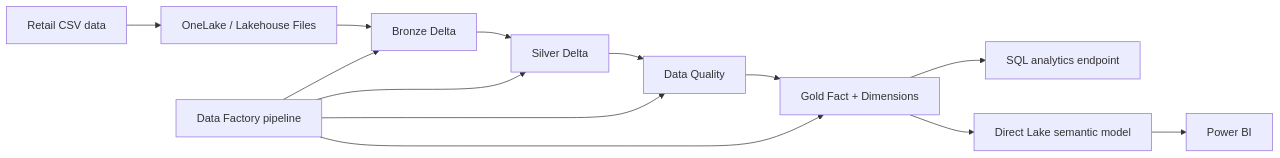
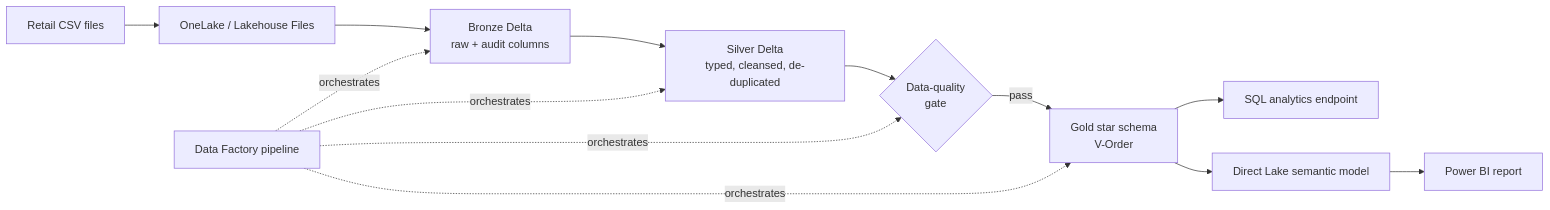
One commit to someshbvrm/microsoft-fabric-retail-analytics changed the first of 2 diagrams in README.md. Above: the diagram before and after it, drawn with Mermaid. The commit also changed other lines of this file and 11 other files, not shown here.

````diff
--- a/README.md
+++ b/README.md
@@ -11,15 +13,12 @@
 ```mermaid
 flowchart LR
-    A[Retail CSV data] --> B[OneLake / Lakehouse Files]
-    B --> C[Bronze Delta]
-    C --> D[Silver Delta]
-    D --> E[Data Quality]
-    E --> F[Gold Fact + Dimensions]
+    A[Retail CSV files] --> B[OneLake / Lakehouse Files]
+    B --> C[Bronze Delta<br/>raw + audit columns]
+    C --> D[Silver Delta<br/>typed, cleansed, de-duplicated]
+    D --> E{Data-quality<br/>gate}
+    E -->|pass| F[Gold star schema<br/>V-Order]
     F --> G[SQL analytics endpoint]
     F --> H[Direct Lake semantic model]
-    H --> I[Power BI]
-    J[Data Factory pipeline] --> C
-    J --> D
-    J --> E
-    J --> F
+    H --> I[Power BI report]
+    J[Data Factory pipeline] -. orchestrates .-> C & D & E & F
 ```
````
